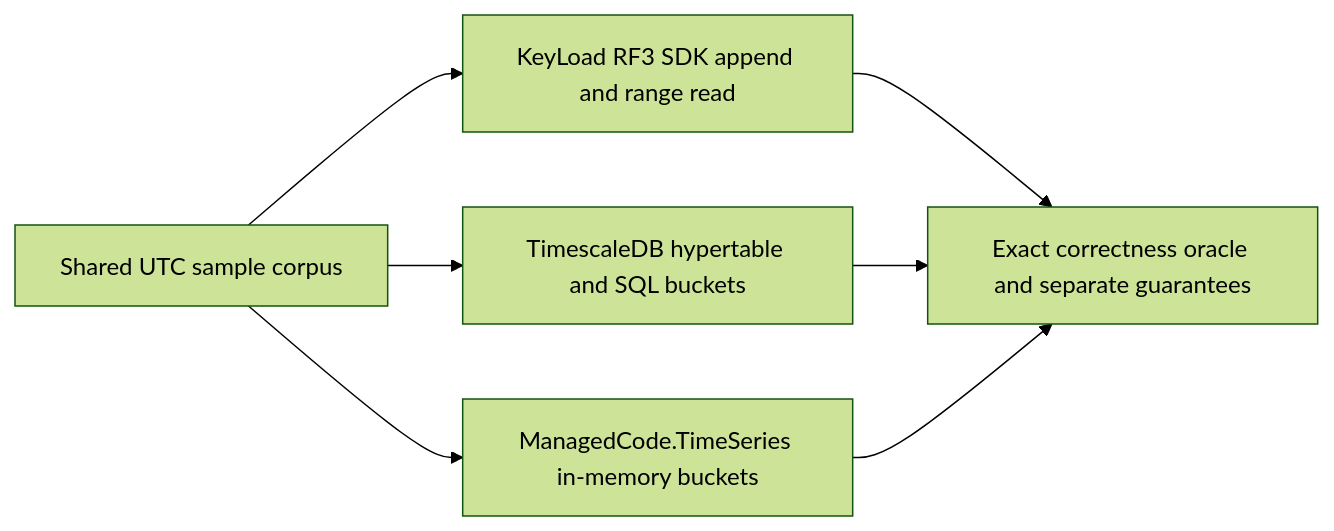
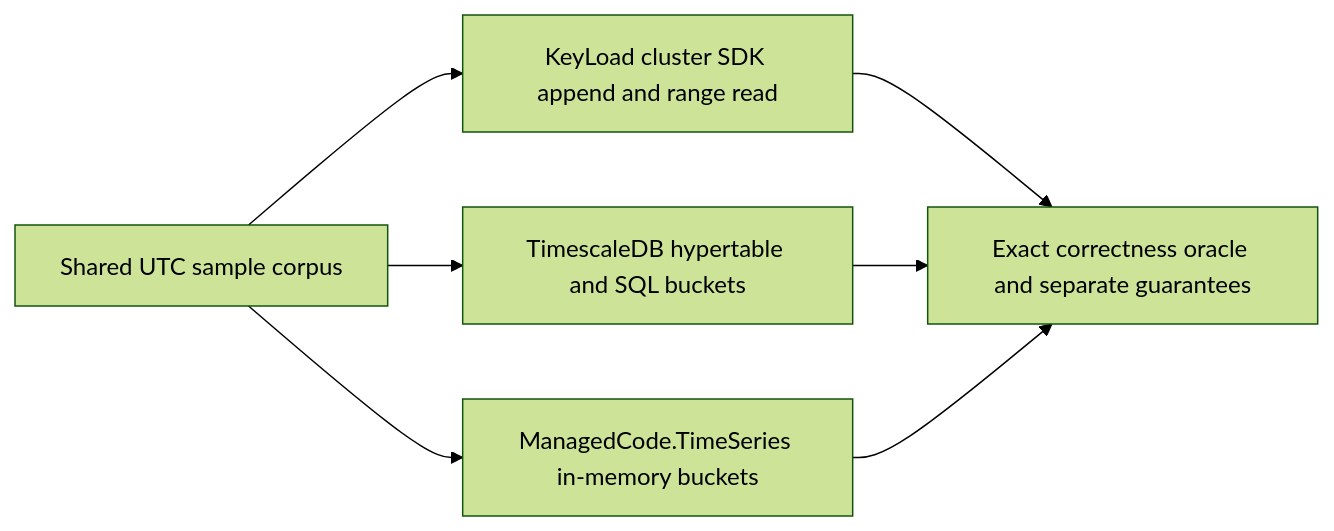
One commit to managedcode/KeyLoad changed the second of 4 diagrams in docs/Features/TimeSeries.md. Above: the diagram before and after it, drawn with Mermaid (forest theme). The commit also changed other lines of this file and 7356 other files, not shown here.

````diff
--- a/docs/Features/TimeSeries.md
+++ b/docs/Features/TimeSeries.md
@@ -91,9 +69,9 @@
 ```mermaid
 flowchart LR
-    Samples[Shared UTC sample corpus] --> KeyLoad[KeyLoad RF3 SDK append and range read]
-    Samples --> Timescale[TimescaleDB hypertable and SQL buckets]
-    Samples --> Managed[ManagedCode.TimeSeries in-memory buckets]
-    KeyLoad --> Oracle[Exact correctness oracle and separate guarantees]
-    Timescale --> Oracle
-    Managed --> Oracle
+ Samples[Shared UTC sample corpus] --> KeyLoad[KeyLoad cluster SDK append and range read]
+ Samples --> Timescale[TimescaleDB hypertable and SQL buckets]
+ Samples --> Managed[ManagedCode.TimeSeries in-memory buckets]
+ KeyLoad --> Oracle[Exact correctness oracle and separate guarantees]
+ Timescale --> Oracle
+ Managed --> Oracle
 ```
````
